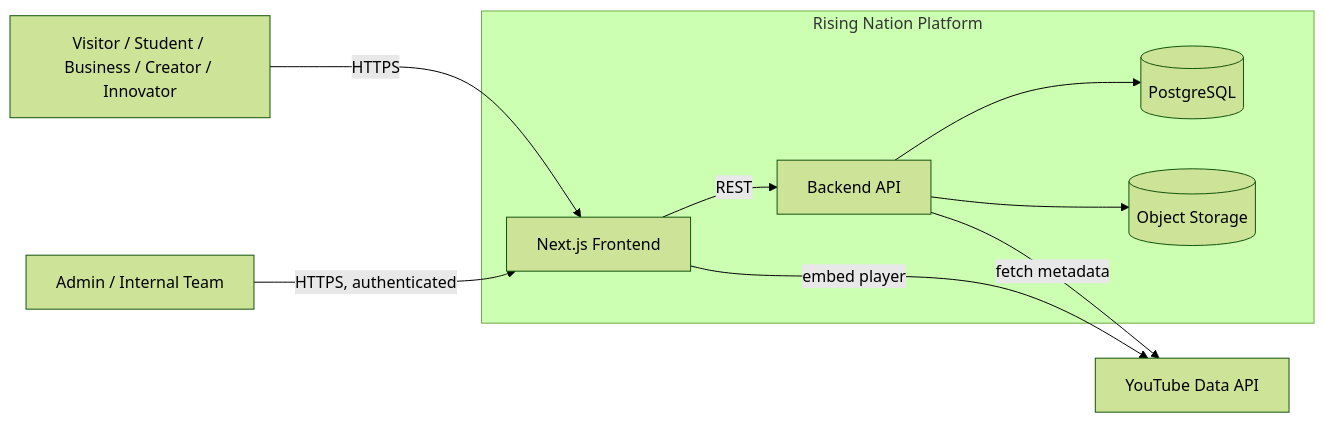
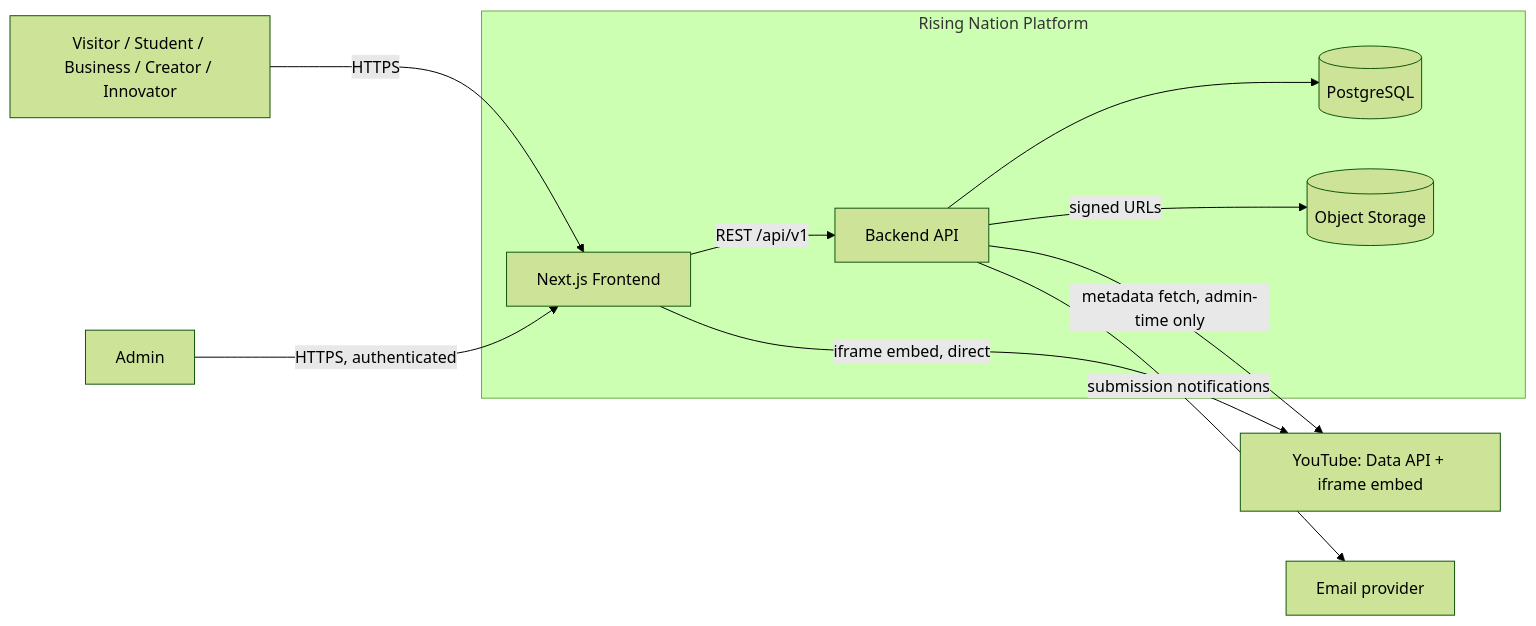
Before and after one commit to AyushSrivastava1818/RISING-NATION-BACKEND: the first of 3 diagrams in docs/ARCHITECTURE.md, drawn with Mermaid (forest theme). The commit also changed other lines of this file and 18 other files, not shown here.

Commit message:
fix: correct idea state machine to match ARCHITECTURE.md ss3.7, restore created_at/updated_at columns

````diff
--- a/docs/ARCHITECTURE.md
+++ b/docs/ARCHITECTURE.md
@@ -32,22 +9,24 @@
 ```mermaid
 flowchart LR
     Visitor[Visitor / Student / Business / Creator / Innovator]
-    Admin[Admin / Internal Team]
+    Admin[Admin]
 
     subgraph RisingNation[Rising Nation Platform]
         FE[Next.js Frontend]
         API[Backend API]
         DB[(PostgreSQL)]
         Media[(Object Storage)]
     end
 
-    YT[YouTube Data API]
+    YT[YouTube: Data API + iframe embed]
+    Email[Email provider]
 
     Visitor -->|HTTPS| FE
     Admin -->|HTTPS, authenticated| FE
-    FE -->|REST| API
+    FE -->|REST /api/v1| API
+    FE -->|iframe embed, direct| YT
     API --> DB
-    API --> Media
-    API -->|fetch metadata| YT
-    FE -->|embed player| YT
+    API -->|signed URLs| Media
+    API -->|metadata fetch, admin-time only| YT
+    API -->|submission notifications| Email
 ```
````
